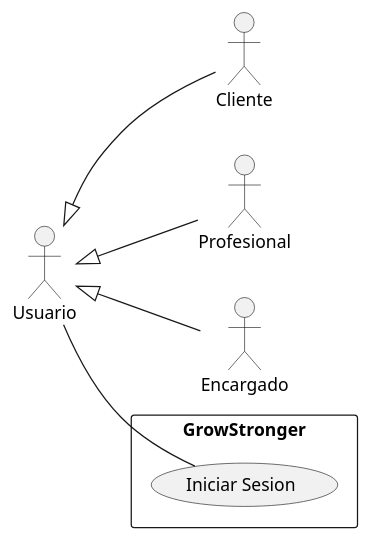
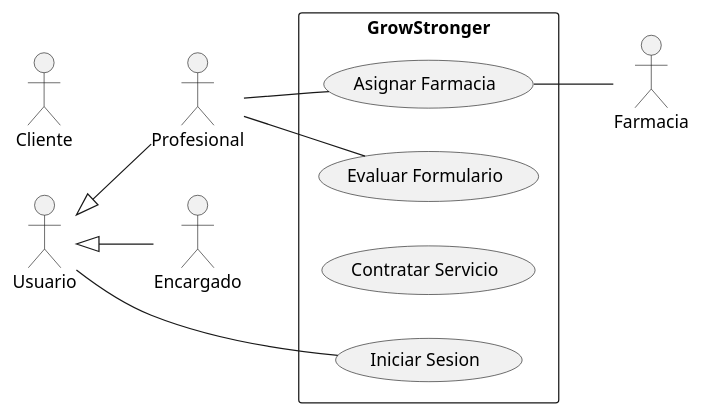
One commit to Z0SO/UML-Practice changed the diagram in Modelo Final/Resolucion de Z0SO.md. Above: the diagram before and after it, drawn with PlantUML.

Commit message:
Z0SO bkp -> 2024-06-30 18:20:46

````diff
--- a/Modelo Final/Resolucion de Z0SO.md
+++ b/Modelo Final/Resolucion de Z0SO.md
@@ -7,34 +7,51 @@
 ```plantuml
 
 @startuml
 
 left to right direction
 
 actor "Usuario" as usuario
 
 actor "Cliente" as cliente
 actor "Profesional" as profesional
 actor "Encargado" as encargado
 
-usuario <|-- cliente
 usuario <|-- profesional
 usuario <|-- encargado
 
+' tambien se requiere un actor secundario Farmacia
+
+actor "Farmacia" as farmacia
+
+
+
+
 rectangle "GrowStronger" {
-
+    
+    ' caso de uso de usuario
     usecase "Iniciar Sesion" as IS
     usuario -- IS
 
 
     ' parte clientes
+    usecase "Contratar Servicio" as CS
 
 
 
     ' parte profesional
+    usecase "Evaluar Formulario" as EF
+    usecase "Asignar Farmacia" as AF
+
+    profesional -- EF
+    profesional -- AF
+
+    ' actor secundario farmacia
+    farmacia -up- AF
+
 
 
 }
 
 
 @enduml
 ```
````
